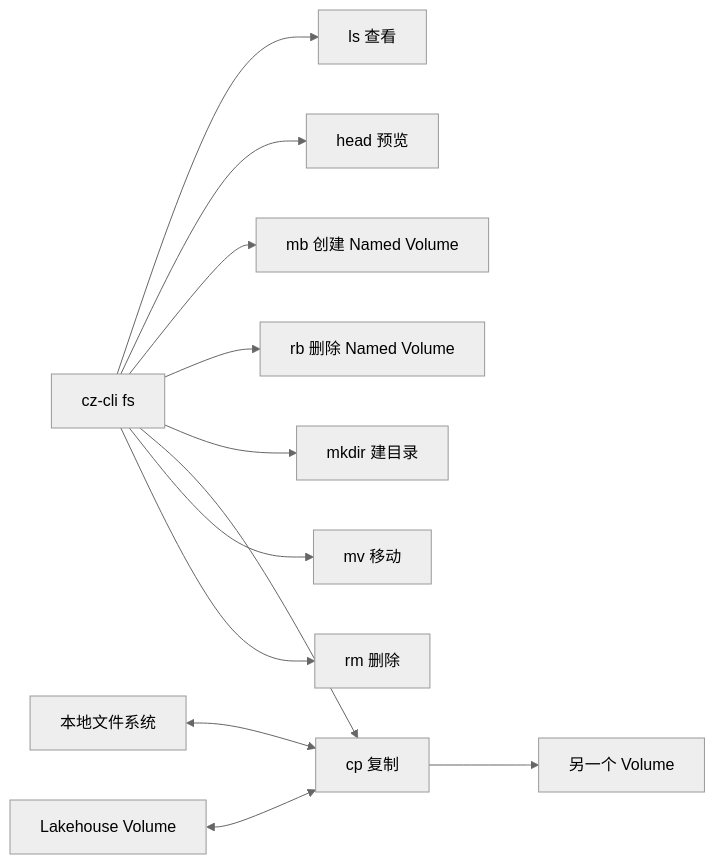
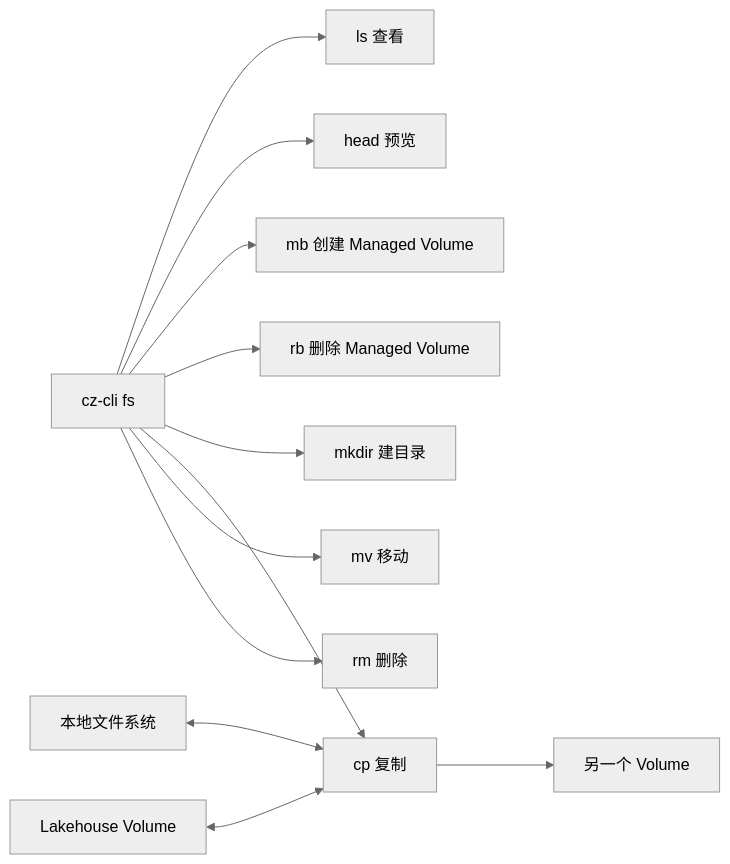
Before and after one commit to clickzetta/cz-cli: the diagram in openspec/specs/cz-cli-fs-command/spec.md, drawn with Mermaid (neutral theme). The commit also changed other lines of this file and 7 other files, not shown here.

````diff
--- a/openspec/specs/cz-cli-fs-command/spec.md
+++ b/openspec/specs/cz-cli-fs-command/spec.md
@@ -32,15 +32,15 @@
 ```mermaid
 flowchart LR
     FS[cz-cli fs] --> LS[ls 查看]
     FS --> HEAD[head 预览]
-    FS --> MB[mb 创建 Named Volume]
-    FS --> RB[rb 删除 Named Volume]
+    FS --> MB[mb 创建 Managed Volume]
+    FS --> RB[rb 删除 Managed Volume]
     FS --> MKDIR[mkdir 建目录]
     FS --> CP[cp 复制]
     FS --> MV[mv 移动]
     FS --> RM[rm 删除]
 
     LOCAL[本地文件系统] <--> CP
     VOLUME[Lakehouse Volume] <--> CP
     CP --> VOLUME_B[另一个 Volume]
 ```
````
